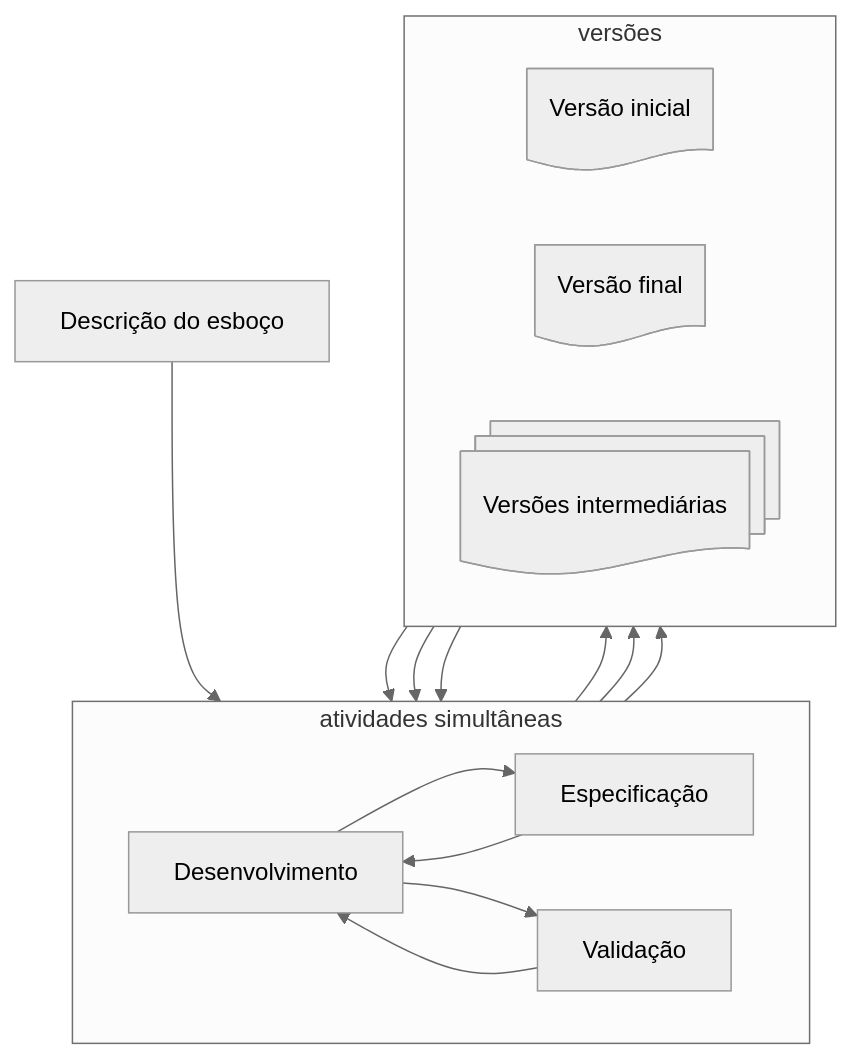
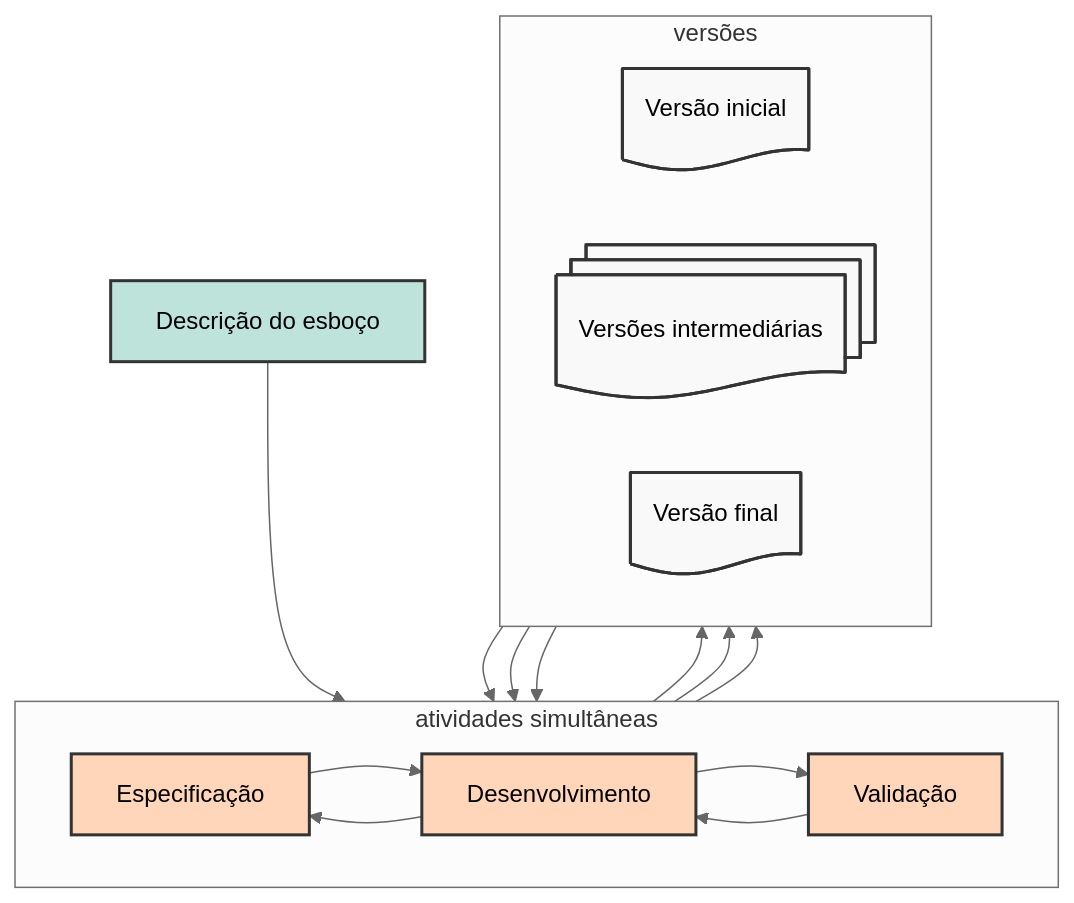
Before and after one commit to henryzord/softwareEngineering: the second of 8 diagrams in capitulos/PROCESSO_DE_SOFTWARE.md, drawn with Mermaid (neutral theme). The commit also changed other lines of this file, not shown here.

````diff
--- a/capitulos/PROCESSO_DE_SOFTWARE.md
+++ b/capitulos/PROCESSO_DE_SOFTWARE.md
@@ -49,38 +55,48 @@
 ```mermaid
 flowchart TD
+    style A fill:#BEE3DB,stroke:#333,stroke-width:2px
+    
+    style B fill:#FFD6BA,stroke:#333,stroke-width:2px
+    style C fill:#FFD6BA,stroke:#333,stroke-width:2px
+    style D fill:#FFD6BA,stroke:#333,stroke-width:2px
+    
+    style E fill:#FAF9F9,stroke:#333,stroke-width:2px
+    style F fill:#FAF9F9,stroke:#333,stroke-width:2px
+    style G fill:#FAF9F9,stroke:#333,stroke-width:2px
+
 
     A[Descrição do esboço]
     
     A --> C
 
     subgraph "atividades simultâneas"
         direction LR
         B[Especificação]
         C[Desenvolvimento]
         D[Validação]
 
         B --> C
         C --> B
         C --> D
         D --> C
 
     end
 
     subgraph "versões"
         direction LR
 
         E@{ shape: doc, label: "Versão inicial" }
         G@{ shape: doc, label: "Versão final" }
 
         B --> E
         E --> B
 
         F@{ shape: docs, label: "Versões intermediárias" }
 
         C --> F
         F --> C
 
         D --> G
         G --> D
     end
 ```
````
